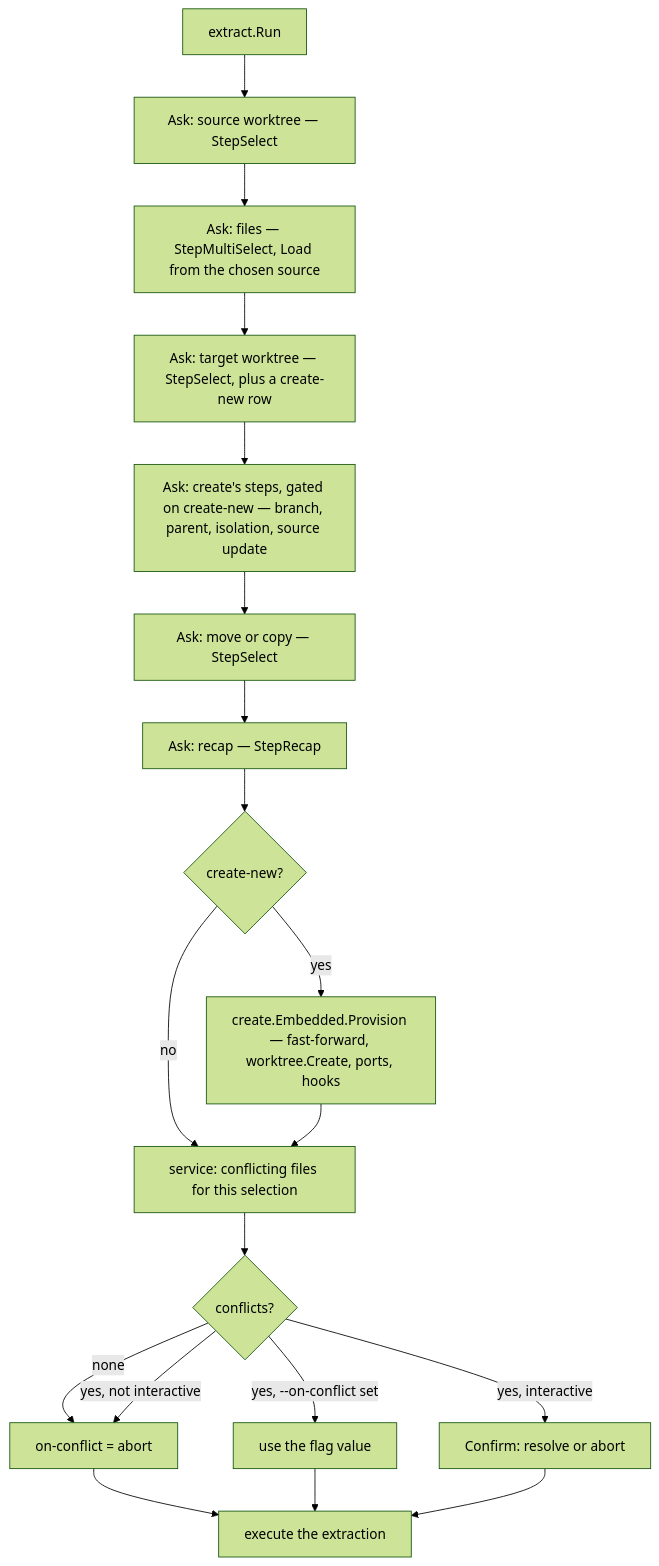
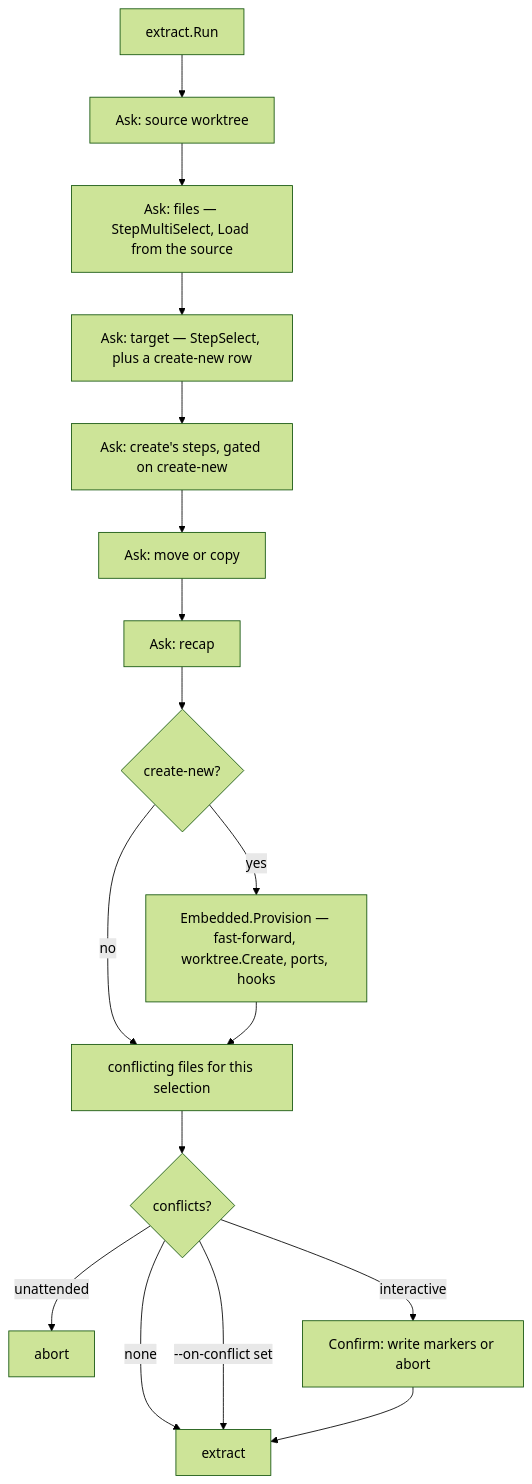
Before and after one commit to LucasPcq/wtm: the diagram in docs/dev/flow-layer.md, drawn with Mermaid (forest theme). The commit also changed other lines of this file and 29 other files, not shown here.

````diff
--- a/docs/dev/flow-layer.md
+++ b/docs/dev/flow-layer.md
@@ -428,21 +247,19 @@
 ```mermaid
 flowchart TD
-  A["extract.Run"] --> B["Ask: source worktree — StepSelect"]
-  B --> C["Ask: files — StepMultiSelect, Load from the chosen source"]
-  C --> D["Ask: target worktree — StepSelect, plus a create-new row"]
-  D --> E["Ask: create's steps, gated on create-new — branch, parent, isolation, source update"]
-  E --> F["Ask: move or copy — StepSelect"]
-  F --> G["Ask: recap — StepRecap"]
+  A["extract.Run"] --> B["Ask: source worktree"]
+  B --> C["Ask: files — StepMultiSelect, Load from the source"]
+  C --> D["Ask: target — StepSelect, plus a create-new row"]
+  D --> E["Ask: create's steps, gated on create-new"]
+  E --> F["Ask: move or copy"]
+  F --> G["Ask: recap"]
   G --> P{"create-new?"}
-  P -- yes --> Q["create.Embedded.Provision — fast-forward, worktree.Create, ports, hooks"]
+  P -- yes --> Q["Embedded.Provision — fast-forward, worktree.Create, ports, hooks"]
   P -- no --> H
-  Q --> H["service: conflicting files for this selection"]
+  Q --> H["conflicting files for this selection"]
   H --> I{"conflicts?"}
-  I -- none --> J["on-conflict = abort"]
-  I -- "yes, --on-conflict set" --> K["use the flag value"]
-  I -- "yes, not interactive" --> J
-  I -- "yes, interactive" --> L["Confirm: resolve or abort"]
-  J --> M["execute the extraction"]
-  K --> M
+  I -- none --> M["extract"]
+  I -- "--on-conflict set" --> M
+  I -- "unattended" --> J["abort"]
+  I -- "interactive" --> L["Confirm: write markers or abort"]
   L --> M
 ```
````
